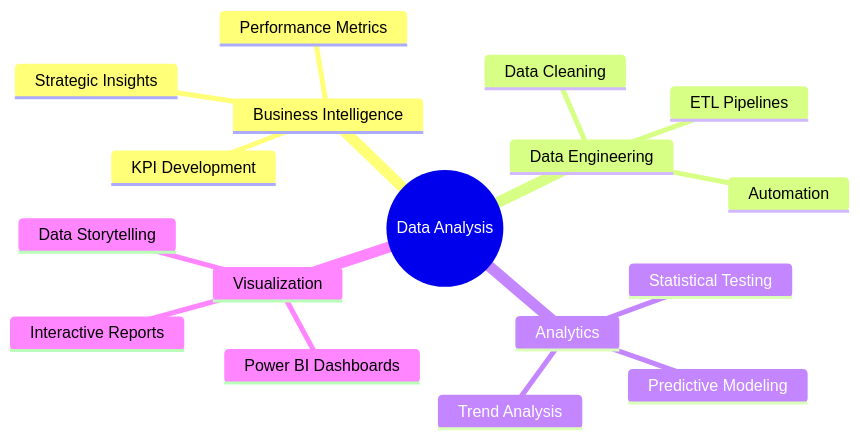
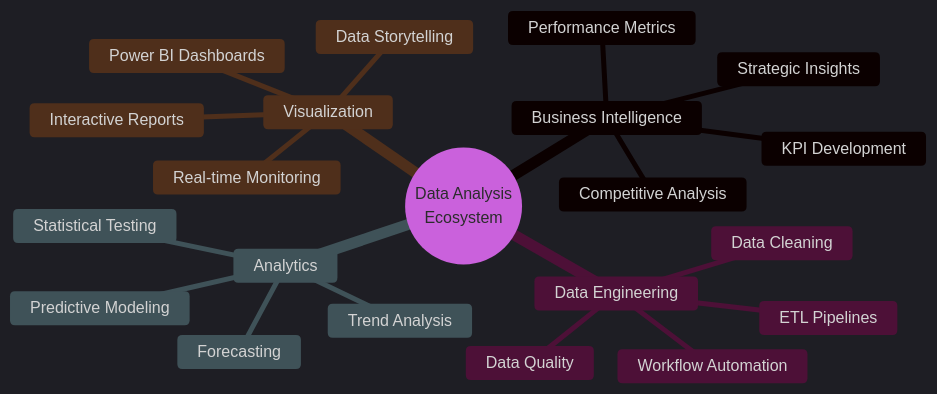
The diagram in README.md (Sourov2002t/Sourov2002t), drawn with Mermaid before and after one commit. The commit also changed other lines of this file, not shown here.

````diff
--- a/README.md
+++ b/README.md
@@ -153,20 +124,25 @@
 ```mermaid
+%%{init: {'theme':'dark', 'themeVariables': { 'primaryColor':'#FF6B6B','primaryTextColor':'#fff','primaryBorderColor':'#00D4FF','lineColor':'#00D4FF','secondaryColor':'#9C27B0','tertiaryColor':'#4CAF50','background':'#1a1a2e','mainBkg':'#16213e','secondBkg':'#0f3460','tertiaryBorderColor':'#FF6B6B','clusterBkg':'#16213e','clusterBorder':'#00D4FF','titleColor':'#00D4FF','edgeLabelBackground':'#1a1a2e','nodeTextColor':'#ffffff'}}}%%
 mindmap
-  root((Data Analysis))
+  root((Data Analysis<br/>Ecosystem))
     Business Intelligence
       KPI Development
       Performance Metrics
       Strategic Insights
+      Competitive Analysis
     Data Engineering
       ETL Pipelines
       Data Cleaning
-      Automation
+      Workflow Automation
+      Data Quality
     Analytics
       Predictive Modeling
       Statistical Testing
       Trend Analysis
+      Forecasting
     Visualization
       Power BI Dashboards
       Interactive Reports
       Data Storytelling
+      Real-time Monitoring
 ```
````
